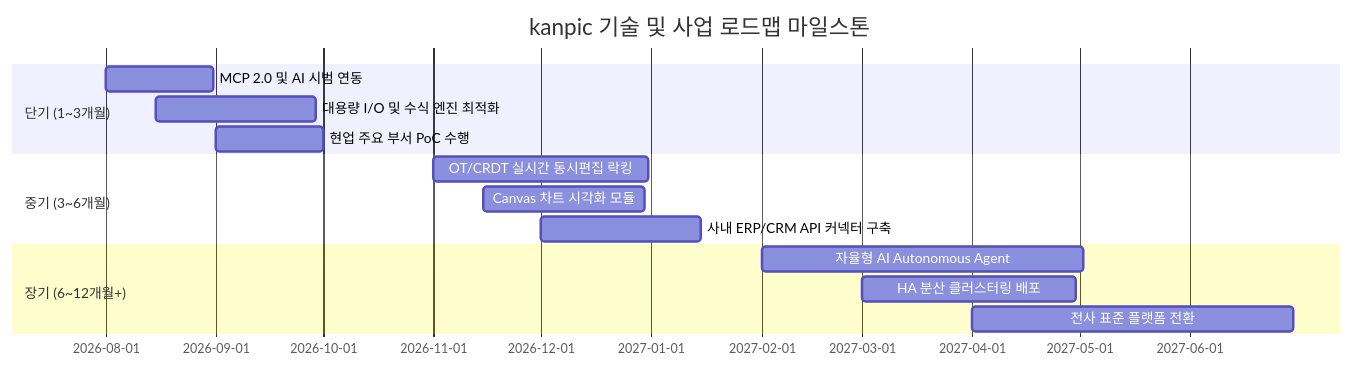
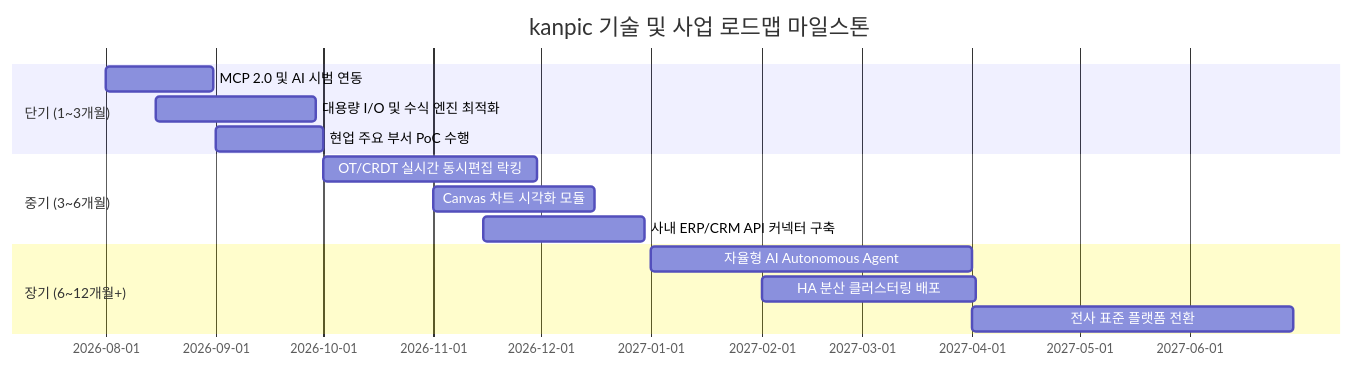
The first of 4 diagrams in docs/ROADMAP_PLAN.md (hkjang/kanpic), drawn with Mermaid before and after one commit. The commit also changed other lines of this file and 9 other files, not shown here.

````diff
--- a/docs/ROADMAP_PLAN.md
+++ b/docs/ROADMAP_PLAN.md
@@ -18,17 +18,17 @@
 ```mermaid
 gantt
     title kanpic 기술 및 사업 로드맵 마일스톤
     dateFormat  YYYY-MM-DD
     section 단기 (1~3개월)
-    MCP 2.0 및 AI 시범 연동       :a1, 2026-08-01, 30d
-    대용량 I/O 및 수식 엔진 최적화 :a2, 2026-08-15, 45d
-    현업 주요 부서 PoC 수행       :a3, 2026-09-01, 30d
+    MCP 2.0 및 AI 시범 연동         :a1, 2026-08-01, 30d
+    대용량 I/O 및 수식 엔진 최적화     :a2, 2026-08-15, 45d
+    현업 주요 부서 PoC 수행          :a3, 2026-09-01, 30d
     section 중기 (3~6개월)
-    OT/CRDT 실시간 동시편집 락킹  :b1, 2026-11-01, 60d
-    Canvas 차트 시각화 모듈       :b2, 2026-11-15, 45d
-    사내 ERP/CRM API 커넥터 구축  :b3, 2026-12-01, 45d
+    OT/CRDT 실시간 동시편집 락킹     :b1, 2026-10-01, 60d
+    Canvas 차트 시각화 모듈          :b2, 2026-11-01, 45d
+    사내 ERP/CRM API 커넥터 구축     :b3, 2026-11-15, 45d
     section 장기 (6~12개월+)
-    자율형 AI Autonomous Agent    :c1, 2027-02-01, 90d
-    HA 분산 클러스터링 배포       :c2, 2027-03-01, 60d
-    전사 표준 플랫폼 전환         :c3, 2027-04-01, 90d
+    자율형 AI Autonomous Agent       :c1, 2027-01-01, 90d
+    HA 분산 클러스터링 배포          :c2, 2027-02-01, 60d
+    전사 표준 플랫폼 전환            :c3, 2027-04-01, 90d
 ```
````
